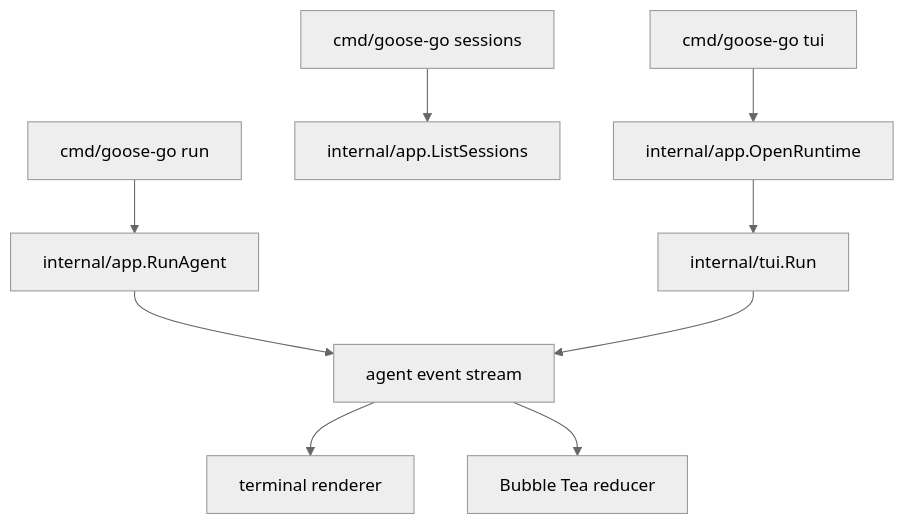
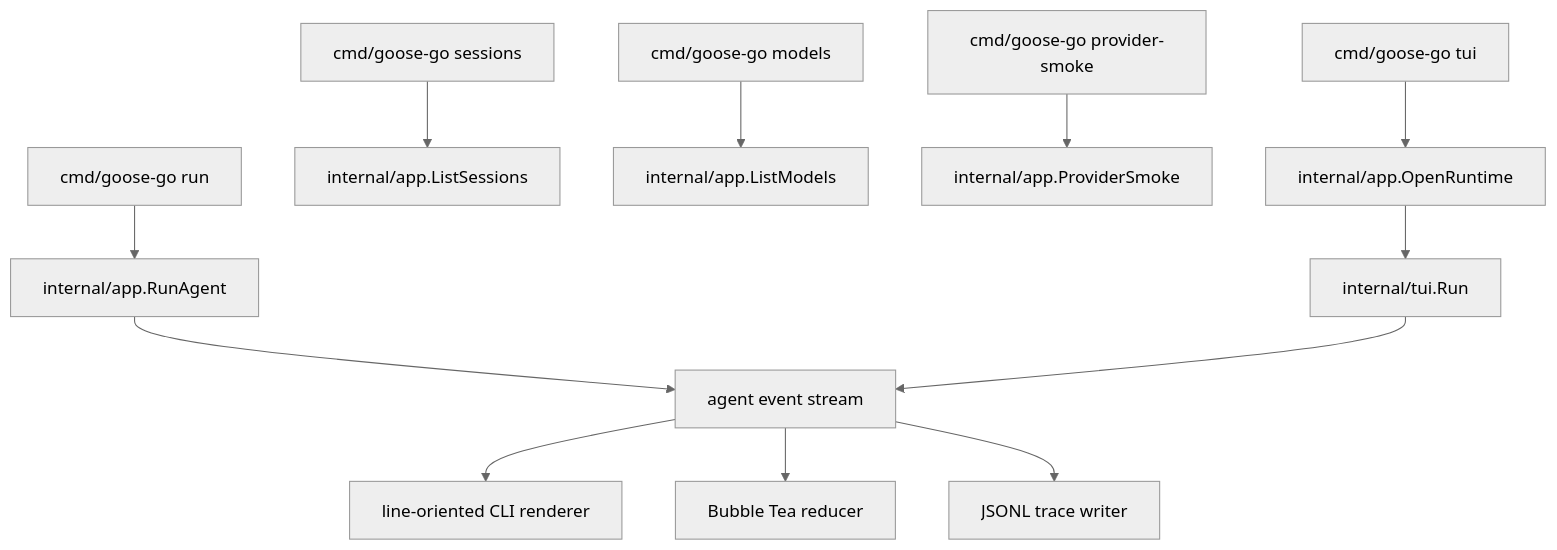
The second of 2 diagrams in docs/architecture.md (xren/goose-go), drawn with Mermaid (neutral theme) before and after one commit. The commit also changed other lines of this file and 19 other files, not shown here.

````diff
--- a/docs/architecture.md
+++ b/docs/architecture.md
@@ -98,12 +127,15 @@
 ```mermaid
 flowchart TD
     A["cmd/goose-go run"] --> B["internal/app.RunAgent"]
     C["cmd/goose-go sessions"] --> D["internal/app.ListSessions"]
-    E["cmd/goose-go tui"] --> F["internal/app.OpenRuntime"]
-    F --> G["internal/tui.Run"]
+    E["cmd/goose-go models"] --> F["internal/app.ListModels"]
+    G["cmd/goose-go provider-smoke"] --> H["internal/app.ProviderSmoke"]
+    I["cmd/goose-go tui"] --> J["internal/app.OpenRuntime"]
+    J --> K["internal/tui.Run"]
 
-    B --> H["agent event stream"]
-    G --> H
-    H --> I["terminal renderer"]
-    H --> J["Bubble Tea reducer"]
+    B --> L["agent event stream"]
+    K --> L
+    L --> M["line-oriented CLI renderer"]
+    L --> N["Bubble Tea reducer"]
+    L --> O["JSONL trace writer"]
 ```
````
